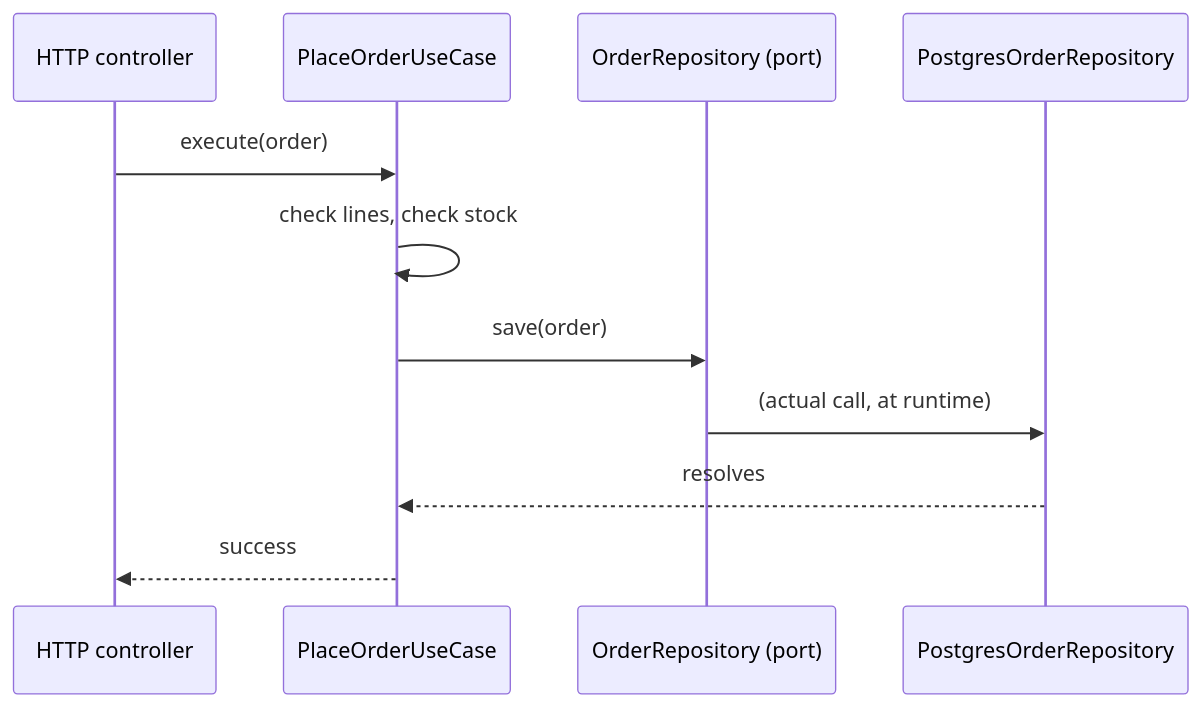
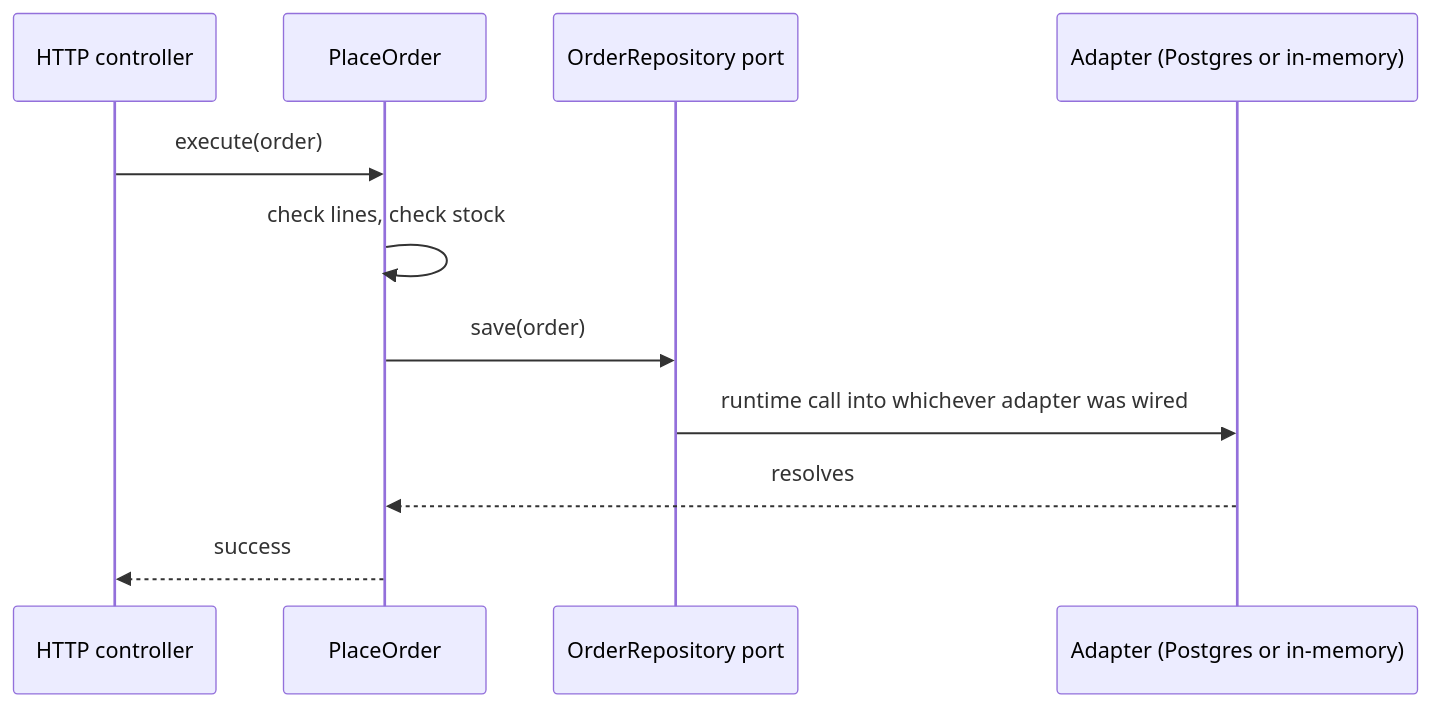
One commit to francoandreDev/knowledge changed the first of 2 diagrams in src/content/architecture/hexagonal-clean-architecture/L3-deep-dive.mdx. Above: the diagram before and after it, drawn with Mermaid. The commit also changed other lines of this file and 17 other files, not shown here.

Commit message:
Migrate architecture batch 2 (hexagonal-clean-architecture, event-driven-architecture, build-vs-buy, adr-governance) to the three-tier exercise model

````diff
--- a/src/content/architecture/hexagonal-clean-architecture/L3-deep-dive.mdx
+++ b/src/content/architecture/hexagonal-clean-architecture/L3-deep-dive.mdx
@@ -235,13 +101,13 @@
 ```mermaid
 sequenceDiagram
-    participant HTTP as HTTP controller
-    participant UC as PlaceOrderUseCase
-    participant Port as OrderRepository (port)
-    participant PG as PostgresOrderRepository
-    HTTP->>UC: execute(order)
-    UC->>UC: check lines, check stock
-    UC->>Port: save(order)
-    Port->>PG: (actual call, at runtime)
-    PG-->>UC: resolves
-    UC-->>HTTP: success
+    participant C as HTTP controller
+    participant U as PlaceOrder
+    participant P as OrderRepository port
+    participant A as Adapter (Postgres or in-memory)
+    C->>U: execute(order)
+    U->>U: check lines, check stock
+    U->>P: save(order)
+    P->>A: runtime call into whichever adapter was wired
+    A-->>U: resolves
+    U-->>C: success
 ```
````
